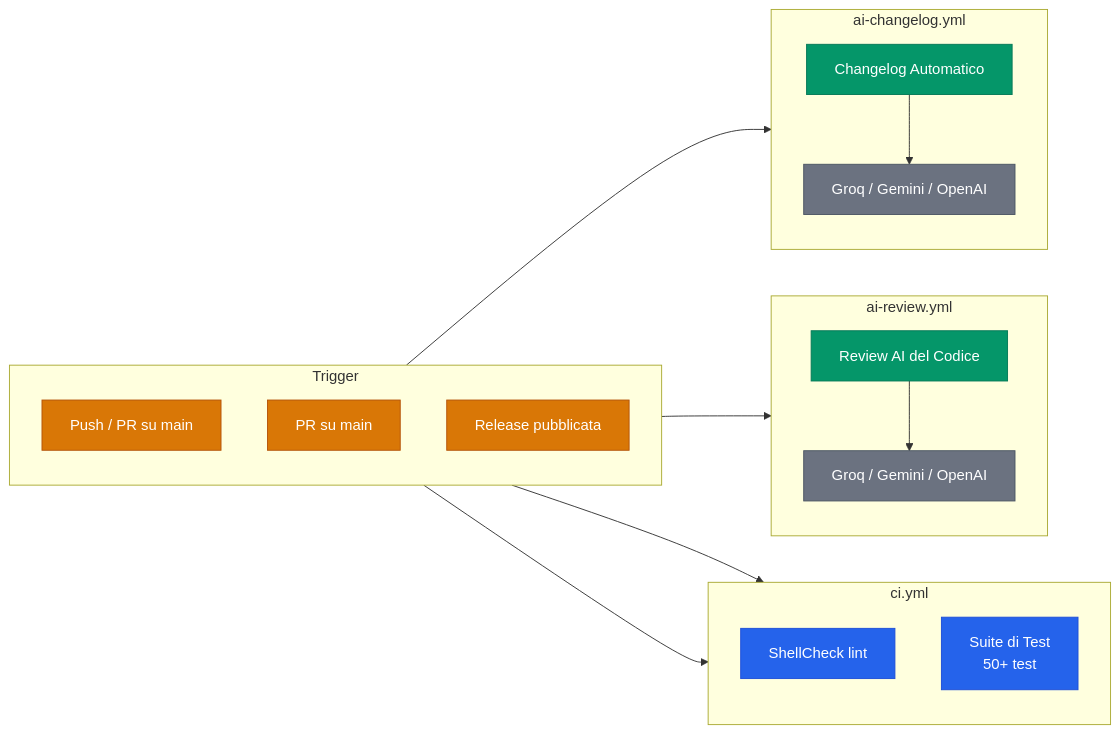
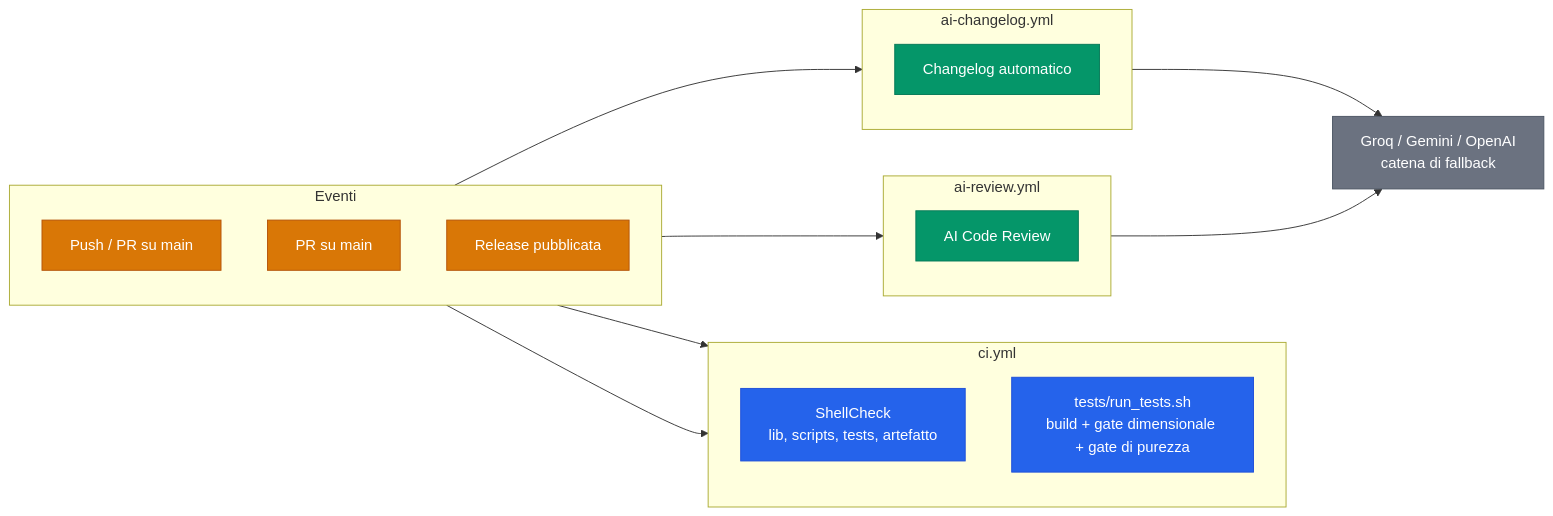
Before and after one commit to AndreaBonn/cli-image-paste: the fifth of 5 diagrams in docs/ARCHITECTURE.it.md, drawn with Mermaid. The commit also changed other lines of this file and 1 other file, not shown here.

First line of the commit message:
docs(architecture): describe the generated build, not the removed monolith

````diff
--- a/docs/ARCHITECTURE.it.md
+++ b/docs/ARCHITECTURE.it.md
@@ -177,45 +337,45 @@
 ```mermaid
 %%{init: {'theme': 'default'}}%%
 graph LR
-  subgraph triggers["Trigger"]
+  subgraph triggers["Eventi"]
     direction TB
     push_pr["Push / PR su main"]
     pr_only["PR su main"]
     release["Release pubblicata"]
   end
 
   subgraph ci_workflow["ci.yml"]
     direction TB
-    shellcheck["ShellCheck lint"]
-    test_suite["Suite di Test<br/>50+ test"]
+    shellcheck["ShellCheck<br/>lib, scripts, tests, artefatto"]
+    test_suite["tests/run_tests.sh<br/>build + gate dimensionale + gate di purezza"]
   end
 
   subgraph review_workflow["ai-review.yml"]
     direction TB
-    ai_review["Review AI del Codice"]
-    providers["Groq / Gemini / OpenAI"]
+    ai_review["AI Code Review"]
   end
 
   subgraph changelog_workflow["ai-changelog.yml"]
     direction TB
-    ai_changelog["Changelog Automatico"]
-    changelog_providers["Groq / Gemini / OpenAI"]
+    ai_changelog["Changelog automatico"]
   end
+
+  providers["Groq / Gemini / OpenAI<br/>catena di fallback"]
 
   push_pr --> shellcheck
   push_pr --> test_suite
   pr_only --> ai_review
+  release --> ai_changelog
   ai_review --> providers
-  release --> ai_changelog
-  ai_changelog --> changelog_providers
+  ai_changelog --> providers
 
   classDef core fill:#2563eb,stroke:#1d4ed8,color:#fff
   classDef data fill:#d97706,stroke:#b45309,color:#fff
   classDef ext fill:#6b7280,stroke:#4b5563,color:#fff
   classDef engine fill:#059669,stroke:#047857,color:#fff
 
   class push_pr,pr_only,release data
   class shellcheck,test_suite core
   class ai_review,ai_changelog engine
-  class providers,changelog_providers ext
+  class providers ext
 ```
````
